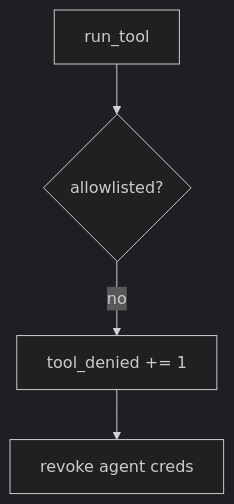
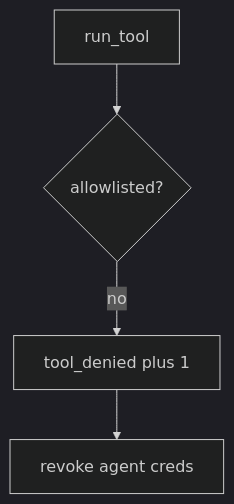
One commit to ishitvagoel/LearnSecurity changed the diagram in content/modules/e/E1/lessons/06-operate.md. Above: the diagram before and after it, drawn with Mermaid (dark theme). The commit also changed other lines of this file and 28 other files, not shown here.

````diff
--- a/content/modules/e/E1/lessons/06-operate.md
+++ b/content/modules/e/E1/lessons/06-operate.md
@@ -13,6 +13,6 @@
 ```mermaid
 flowchart TD
   Call[run_tool] --> In{allowlisted?}
-  In -->|no| Metric["tool_denied += 1"]
+  In -->|no| Metric["tool_denied plus 1"]
   Metric --> Revoke[revoke agent creds]
 ```
````
